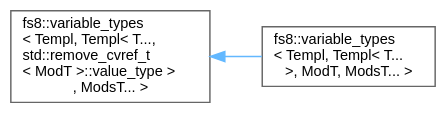
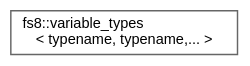
Before and after one commit to the-moisrex/foresight: the diagram in api/inherit_graph_128.dot, drawn with Graphviz. The commit also changed 223 other files, not shown here.

```diff
--- a/api/inherit_graph_128.dot
+++ b/api/inherit_graph_128.dot
@@ -1,11 +1,9 @@
 digraph "Graphical Class Hierarchy"
 {
  // LATEX_PDF_SIZE
   bgcolor="transparent";
   edge [fontname=Helvetica,fontsize=10,labelfontname=Helvetica,labelfontsize=10];
   node [fontname=Helvetica,fontsize=10,shape=box,height=0.2,width=0.4];
   rankdir="LR";
-  Node0 [id="Node000000",label="fs8::variable_types\l\< Templ, Templ\< T...,\l std::remove_cvref_t\l\< ModT \>::value_type \>\l, ModsT... \>",height=0.2,width=0.4,color="grey40", fillcolor="white", style="filled",URL="$structfs8_1_1variable__types.html",tooltip=" "];
-  Node0 -> Node1 [id="edge129_Node000000_Node000001",dir="back",color="steelblue1",style="solid",tooltip=" "];
-  Node1 [id="Node000001",label="fs8::variable_types\l\< Templ, Templ\< T...\l \>, ModT, ModsT... \>",height=0.2,width=0.4,color="grey40", fillcolor="white", style="filled",URL="$structfs8_1_1variable__types_3_01Templ_00_01Templ_3_01T_8_8_8_01_4_00_01ModT_00_01ModsT_8_8_8_01_4.html",tooltip=" "];
+  Node0 [id="Node000000",label="fs8::variable_types\l\< typename, typename,... \>",height=0.2,width=0.4,color="grey40", fillcolor="white", style="filled",URL="$structfs8_1_1variable__types.html",tooltip=" "];
 }
```
